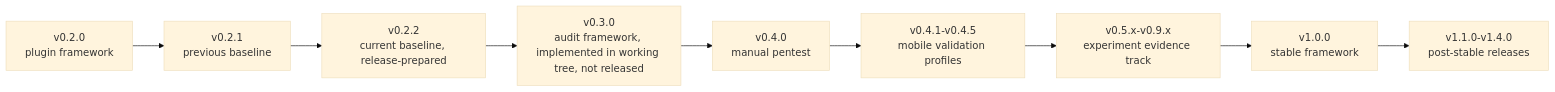
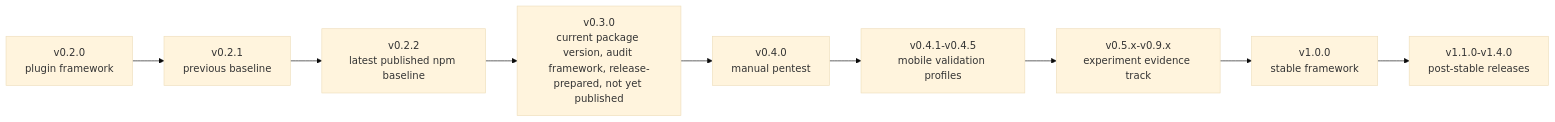
The first of 2 diagrams in docs/ROADMAP.md (dailephd/my-dev-kit-lab), drawn with Mermaid (base theme) before and after one commit. The commit also changed other lines of this file and 17 other files, not shown here.

````diff
--- a/docs/ROADMAP.md
+++ b/docs/ROADMAP.md
@@ -9,11 +9,11 @@
 ```mermaid
 flowchart LR
   A[v0.2.0<br/>plugin framework] --> B[v0.2.1<br/>previous baseline]
-  B --> C[v0.2.2<br/>current baseline, release-prepared]
-  C --> D[v0.3.0<br/>audit framework, implemented in working tree, not released]
+  B --> C[v0.2.2<br/>latest published npm baseline]
+  C --> D[v0.3.0<br/>current package version, audit framework, release-prepared, not yet published]
   D --> E[v0.4.0<br/>manual pentest]
   E --> F[v0.4.1-v0.4.5<br/>mobile validation profiles]
   F --> G[v0.5.x-v0.9.x<br/>experiment evidence track]
   G --> H[v1.0.0<br/>stable framework]
   H --> I[v1.1.0-v1.4.0<br/>post-stable releases]
 ```
````
